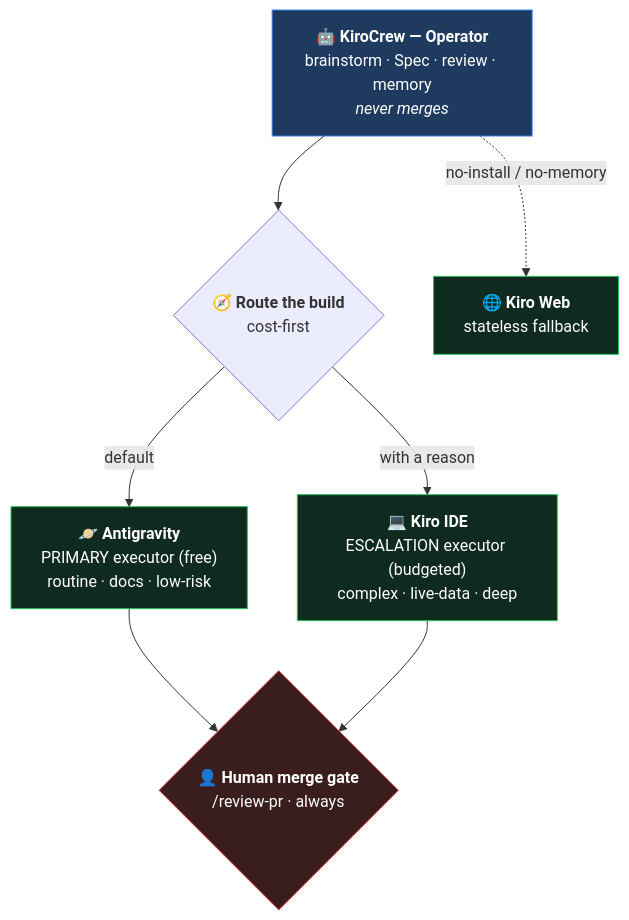
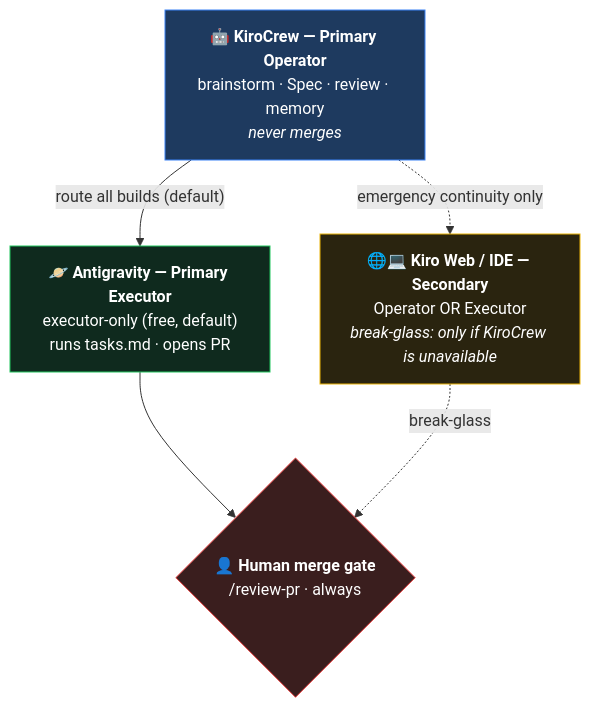
Before and after one commit to agni-eialarasu/cetana-labs: the first of 3 diagrams in docs/governance/ai-collaboration-model.md, drawn with Mermaid. The commit also changed other lines of this file and 6 other files, not shown here.

First line of the commit message:
docs: correct BK-037 executor role — Kiro IDE -> Antigravity (Primary Executor) (#99)

````diff
--- a/docs/governance/ai-collaboration-model.md
+++ b/docs/governance/ai-collaboration-model.md
@@ -33,23 +34,21 @@
 ```mermaid
 flowchart TB
-    OP["🤖 <b>KiroCrew — Operator</b><br/>brainstorm · Spec · review · memory<br/><i>never merges</i>"]
-    RT{"🧭 <b>Route the build</b><br/>cost-first"}
-    AG["🪐 <b>Antigravity</b><br/>PRIMARY executor (free)<br/>routine · docs · low-risk"]
-    IDE["💻 <b>Kiro IDE</b><br/>ESCALATION executor (budgeted)<br/>complex · live-data · deep"]
-    WEB["🌐 <b>Kiro Web</b><br/>stateless fallback"]
+    OP["🤖 <b>KiroCrew — Primary Operator</b><br/>brainstorm · Spec · review · memory<br/><i>never merges</i>"]
+    AG["🪐 <b>Antigravity — Primary Executor</b><br/>executor-only (free, default)<br/>runs tasks.md · opens PR"]
+    SEC["🌐💻 <b>Kiro Web / IDE — Secondary</b><br/>Operator OR Executor<br/><i>break-glass: only if KiroCrew is unavailable</i>"]
     GATE{"👤 <b>Human merge gate</b><br/>/review-pr · always"}
 
-    OP --> RT
-    RT -->|"default"| AG
-    RT -->|"with a reason"| IDE
-    OP -. "no-install / no-memory" .-> WEB
+    OP -->|"route all builds (default)"| AG
+    OP -. "emergency continuity only" .-> SEC
     AG --> GATE
-    IDE --> GATE
+    SEC -. "break-glass" .-> GATE
 
     classDef op fill:#1e3a5f,stroke:#3b82f6,color:#fff;
     classDef exec fill:#0f2a1e,stroke:#22c55e,color:#fff;
+    classDef sec fill:#2a240f,stroke:#eab308,color:#fff;
     classDef human fill:#3a1e1e,stroke:#ef4444,color:#fff;
     class OP op;
-    class AG,IDE,WEB exec;
+    class AG exec;
+    class SEC sec;
     class GATE human;
 ```
````
